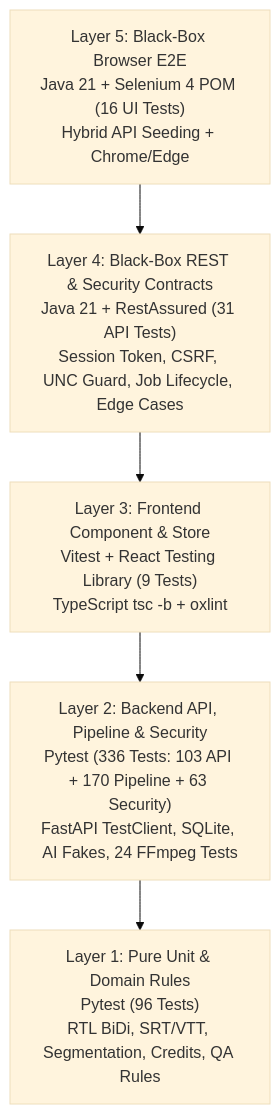
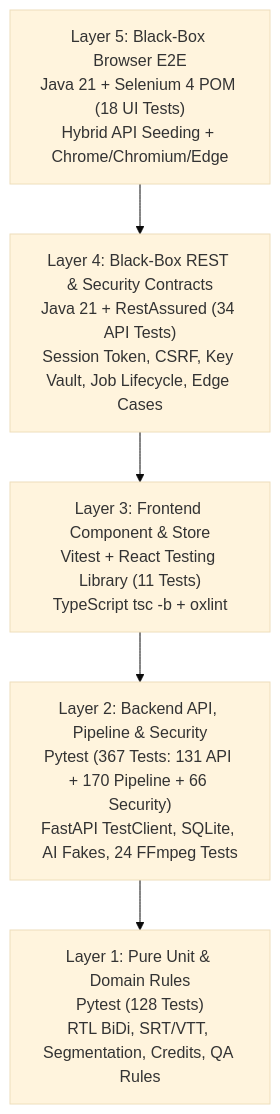
Before and after one commit to talevi83/SubBuildStudio: the first of 2 diagrams in docs/QA_TEST_PLAN.md, drawn with Mermaid (base theme). The commit also changed other lines of this file and 49 other files, not shown here.

````diff
--- a/docs/QA_TEST_PLAN.md
+++ b/docs/QA_TEST_PLAN.md
@@ -16,13 +16,13 @@
 ```mermaid
 flowchart TD
-    E2E["Layer 5: Black-Box Browser E2E<br/>Java 21 + Selenium 4 POM (16 UI Tests)<br/>Hybrid API Seeding + Chrome/Edge"]
-    BAPI["Layer 4: Black-Box REST & Security Contracts<br/>Java 21 + RestAssured (31 API Tests)<br/>Session Token, CSRF, UNC Guard, Job Lifecycle, Edge Cases"]
-    FE["Layer 3: Frontend Component & Store<br/>Vitest + React Testing Library (9 Tests)<br/>TypeScript tsc -b + oxlint"]
-    PIPE["Layer 2: Backend API, Pipeline & Security<br/>Pytest (336 Tests: 103 API + 170 Pipeline + 63 Security)<br/>FastAPI TestClient, SQLite, AI Fakes, 24 FFmpeg Tests"]
-    UNIT["Layer 1: Pure Unit & Domain Rules<br/>Pytest (96 Tests)<br/>RTL BiDi, SRT/VTT, Segmentation, Credits, QA Rules"]
+    E2E["Layer 5: Black-Box Browser E2E<br/>Java 21 + Selenium 4 POM (18 UI Tests)<br/>Hybrid API Seeding + Chrome/Chromium/Edge"]
+    BAPI["Layer 4: Black-Box REST & Security Contracts<br/>Java 21 + RestAssured (34 API Tests)<br/>Session Token, CSRF, Key Vault, Job Lifecycle, Edge Cases"]
+    FE["Layer 3: Frontend Component & Store<br/>Vitest + React Testing Library (11 Tests)<br/>TypeScript tsc -b + oxlint"]
+    PIPE["Layer 2: Backend API, Pipeline & Security<br/>Pytest (367 Tests: 131 API + 170 Pipeline + 66 Security)<br/>FastAPI TestClient, SQLite, AI Fakes, 24 FFmpeg Tests"]
+    UNIT["Layer 1: Pure Unit & Domain Rules<br/>Pytest (128 Tests)<br/>RTL BiDi, SRT/VTT, Segmentation, Credits, QA Rules"]
 
     E2E --> BAPI
     BAPI --> FE
     FE --> PIPE
     PIPE --> UNIT
 ```
````
